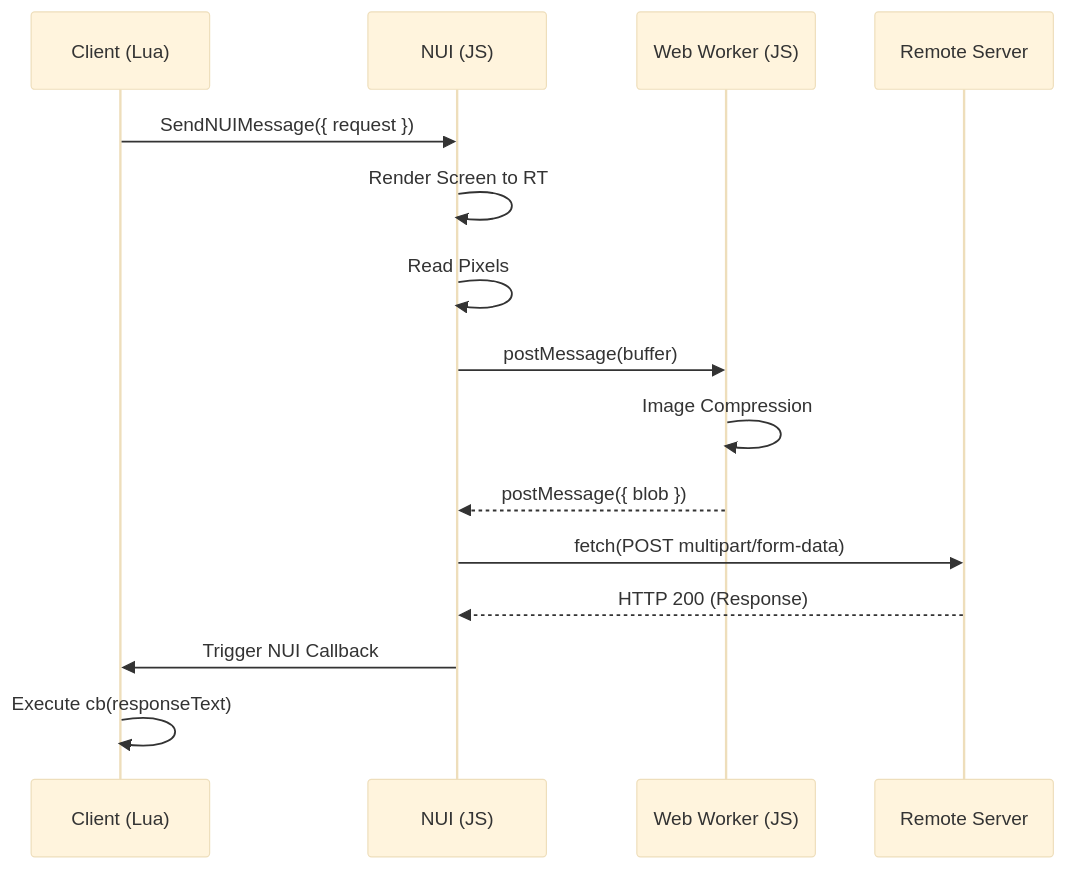
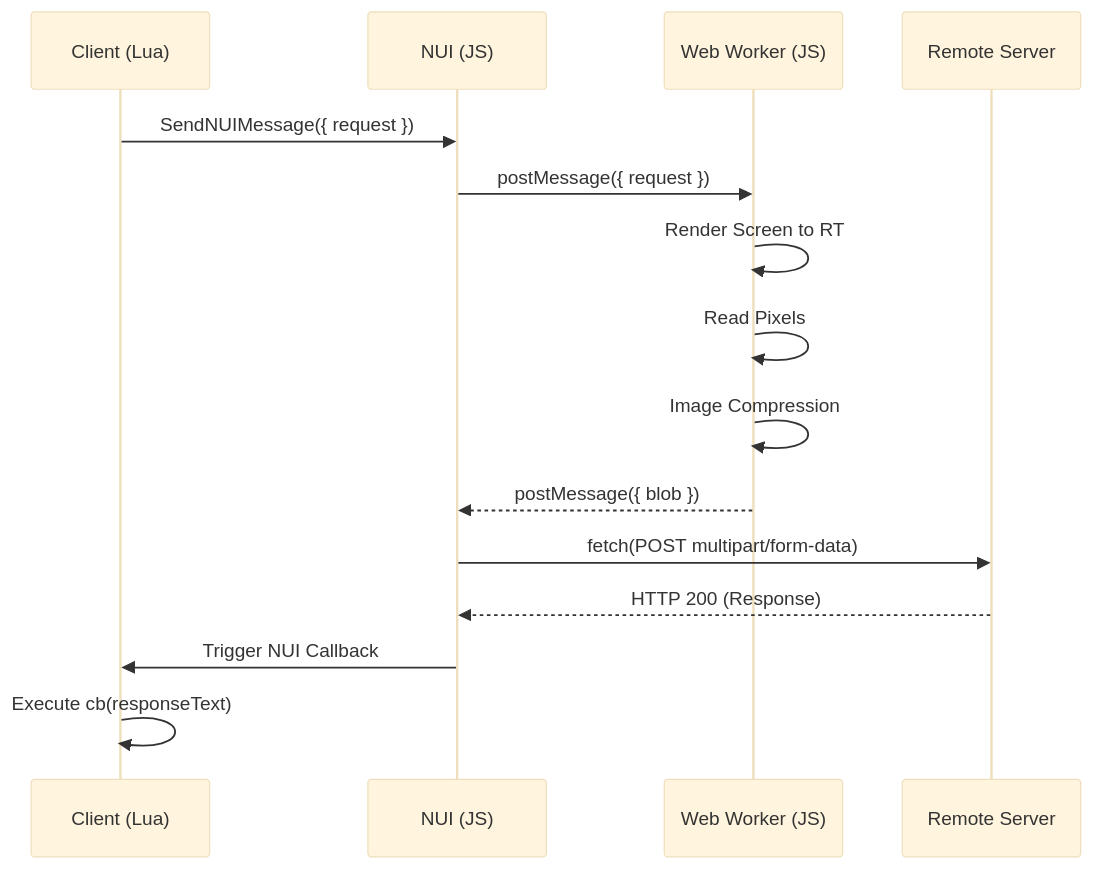
Before and after one commit to betters-dev/screenshot-basic: the second of 2 diagrams in README.md, drawn with Mermaid (base theme). The commit also changed other lines of this file and 6 other files, not shown here.

````diff
--- a/README.md
+++ b/README.md
@@ -85,18 +93,18 @@
 ```mermaid
 sequenceDiagram
     participant Lua as Client (Lua)
     participant NUI as NUI (JS)
     participant Worker as Web Worker (JS)
     participant Server as Remote Server
 
     Lua->>NUI: SendNUIMessage({ request })
-    NUI->>NUI: Render Screen to RT
-    NUI->>NUI: Read Pixels
-    NUI->>Worker: postMessage(buffer)
+    NUI->>Worker: postMessage({ request })
+    Worker->>Worker: Render Screen to RT
+    Worker->>Worker: Read Pixels
     Worker->>Worker: Image Compression
     Worker-->>NUI: postMessage({ blob })
     NUI->>Server: fetch(POST multipart/form-data)
     Server-->>NUI: HTTP 200 (Response)
     NUI->>Lua: Trigger NUI Callback
     Lua->>Lua: Execute cb(responseText)
 ```
````
